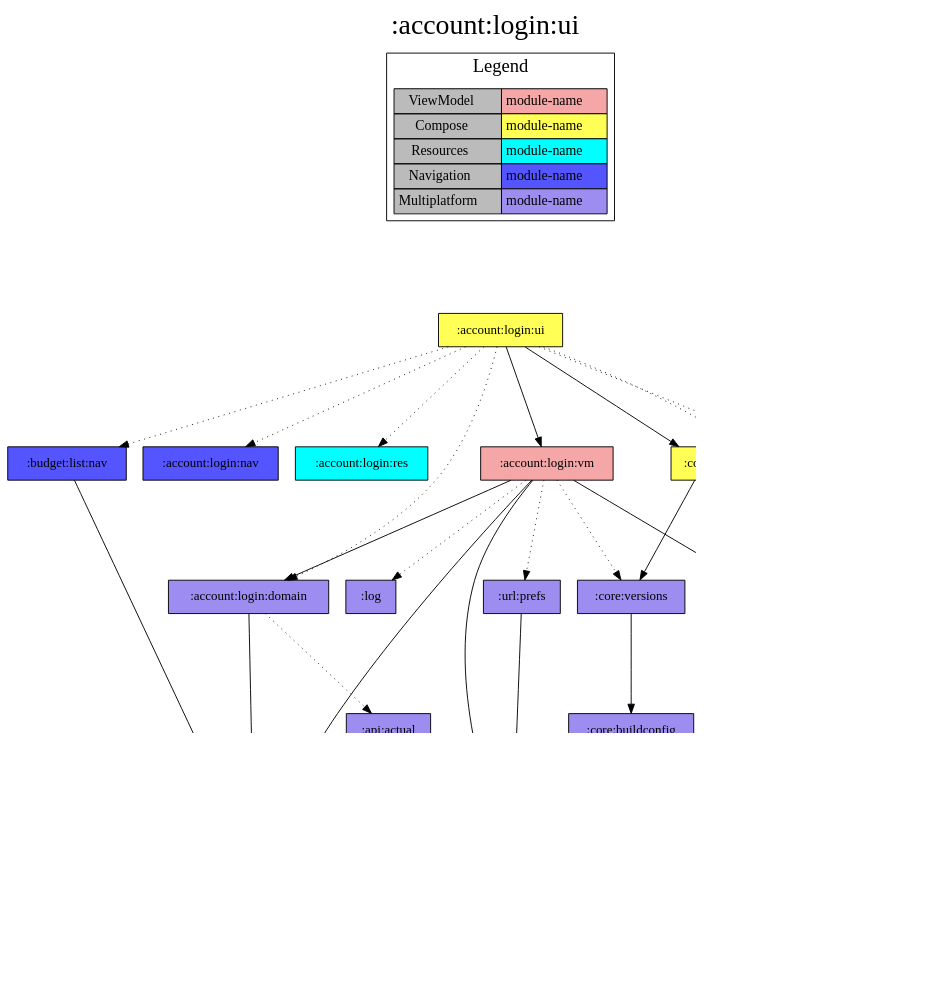
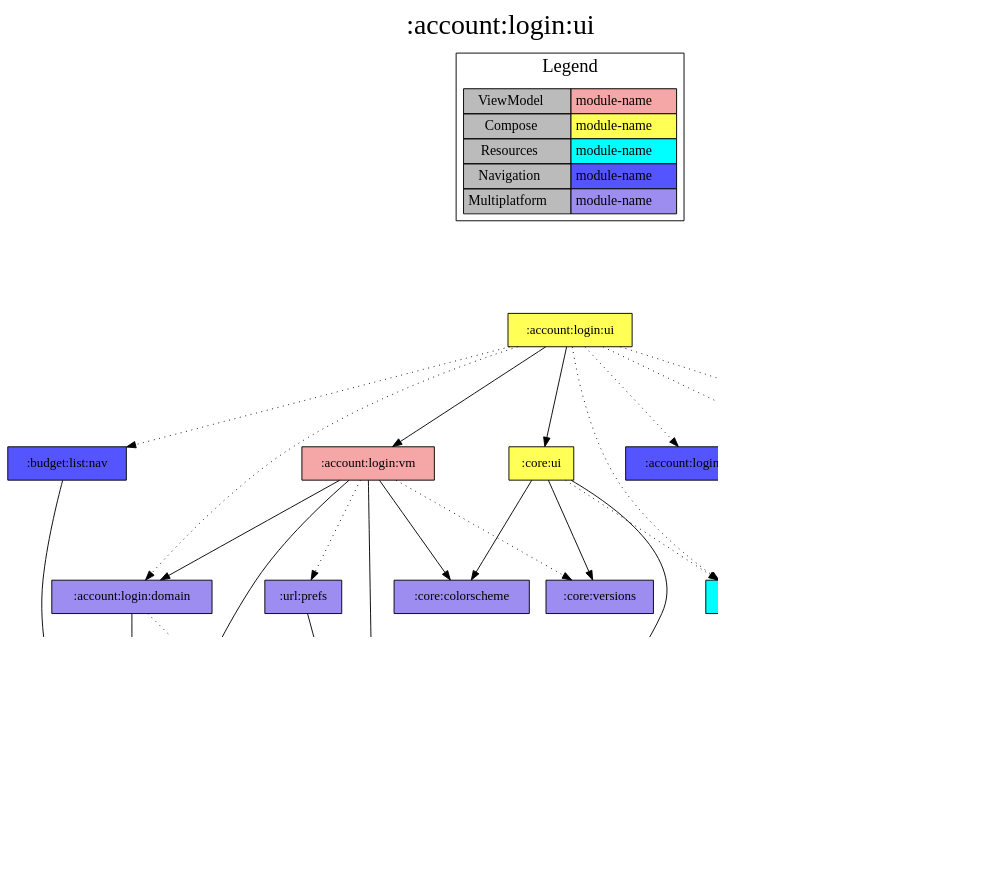
One commit to jonapoul/aktual changed the diagram in modules/account/login/ui/project-dependency-graph.dot. Above: the diagram before and after it, drawn with Graphviz. The commit also changed 113 other files, not shown here.

```diff
--- a/modules/account/login/ui/project-dependency-graph.dot
+++ b/modules/account/login/ui/project-dependency-graph.dot
@@ -1,69 +1,63 @@
 digraph {
 edge ["dir"="forward"]
 graph ["dpi"="100","label"=":account:login:ui","labelloc"="t","fontsize"="30","ranksep"="1.5","rankdir"="TB"]
 node ["style"="filled"]
 ":account:login:domain" ["fillcolor"="#9D8DF1","shape"="box"]
 ":account:login:nav" ["fillcolor"="#5555FF","shape"="box"]
 ":account:login:res" ["fillcolor"="#00FFFF","shape"="box"]
 ":account:login:ui" ["fillcolor"="#FFFF55","shape"="box"]
 ":account:login:vm" ["fillcolor"="#F5A6A6","shape"="box"]
 ":account:model" ["fillcolor"="#9D8DF1","shape"="box"]
 ":api:actual" ["fillcolor"="#9D8DF1","shape"="box"]
 ":budget:list:nav" ["fillcolor"="#5555FF","shape"="box"]
 ":budget:model" ["fillcolor"="#9D8DF1","shape"="box"]
-":core:buildconfig" ["fillcolor"="#9D8DF1","shape"="box"]
 ":core:colorscheme" ["fillcolor"="#9D8DF1","shape"="box"]
-":core:model" ["fillcolor"="#9D8DF1","shape"="box"]
 ":core:res" ["fillcolor"="#00FFFF","shape"="box"]
 ":core:ui" ["fillcolor"="#FFFF55","shape"="box"]
 ":core:versions" ["fillcolor"="#9D8DF1","shape"="box"]
-":log" ["fillcolor"="#9D8DF1","shape"="box"]
 ":url:model" ["fillcolor"="#9D8DF1","shape"="box"]
 ":url:nav" ["fillcolor"="#5555FF","shape"="box"]
 ":url:prefs" ["fillcolor"="#9D8DF1","shape"="box"]
 {
 edge ["dir"="none"]
 graph ["rank"="same"]
 }
 ":account:login:domain" -> ":account:model"
 ":account:login:domain" -> ":api:actual" ["style"="dotted"]
 ":account:login:ui" -> ":account:login:domain" ["style"="dotted"]
 ":account:login:ui" -> ":account:login:nav" ["style"="dotted"]
 ":account:login:ui" -> ":account:login:res" ["style"="dotted"]
 ":account:login:ui" -> ":account:login:vm"
 ":account:login:ui" -> ":budget:list:nav" ["style"="dotted"]
 ":account:login:ui" -> ":core:res" ["style"="dotted"]
 ":account:login:ui" -> ":core:ui"
 ":account:login:ui" -> ":url:nav" ["style"="dotted"]
 ":account:login:vm" -> ":account:login:domain"
 ":account:login:vm" -> ":account:model"
 ":account:login:vm" -> ":core:colorscheme"
 ":account:login:vm" -> ":core:versions" ["style"="dotted"]
-":account:login:vm" -> ":log" ["style"="dotted"]
 ":account:login:vm" -> ":url:model"
 ":account:login:vm" -> ":url:prefs" ["style"="dotted"]
 ":api:actual" -> ":account:model"
 ":api:actual" -> ":budget:model"
 ":api:actual" -> ":url:model"
 ":budget:list:nav" -> ":account:model"
 ":core:ui" -> ":core:colorscheme"
 ":core:ui" -> ":core:res" ["style"="dotted"]
 ":core:ui" -> ":core:versions"
 ":core:ui" -> ":url:model"
-":core:versions" -> ":core:buildconfig"
-":url:model" -> ":core:model" ["style"="dotted"]
 ":url:prefs" -> ":url:model"
 subgraph "cluster_legend" {
 edge ["dir"="none"]
 graph ["label"="Legend","fontsize"="20"]
 "Legend" ["style"="filled","fillcolor"="#bbbbbb","shape"="none","margin"="0","fontsize"="15","label"=<
 <TABLE BORDER="0" CELLBORDER="1" CELLSPACING="0" CELLPADDING="4">
 <TR><TD>ViewModel</TD><TD BGCOLOR="#F5A6A6">module-name</TD></TR>
 <TR><TD>Compose</TD><TD BGCOLOR="#FFFF55">module-name</TD></TR>
 <TR><TD>Resources</TD><TD BGCOLOR="#00FFFF">module-name</TD></TR>
 <TR><TD>Navigation</TD><TD BGCOLOR="#5555FF">module-name</TD></TR>
 <TR><TD>Multiplatform</TD><TD BGCOLOR="#9D8DF1">module-name</TD></TR>
 </TABLE>
 >]
 } -> ":account:login:ui" ["style"="invis"]
 }
```
